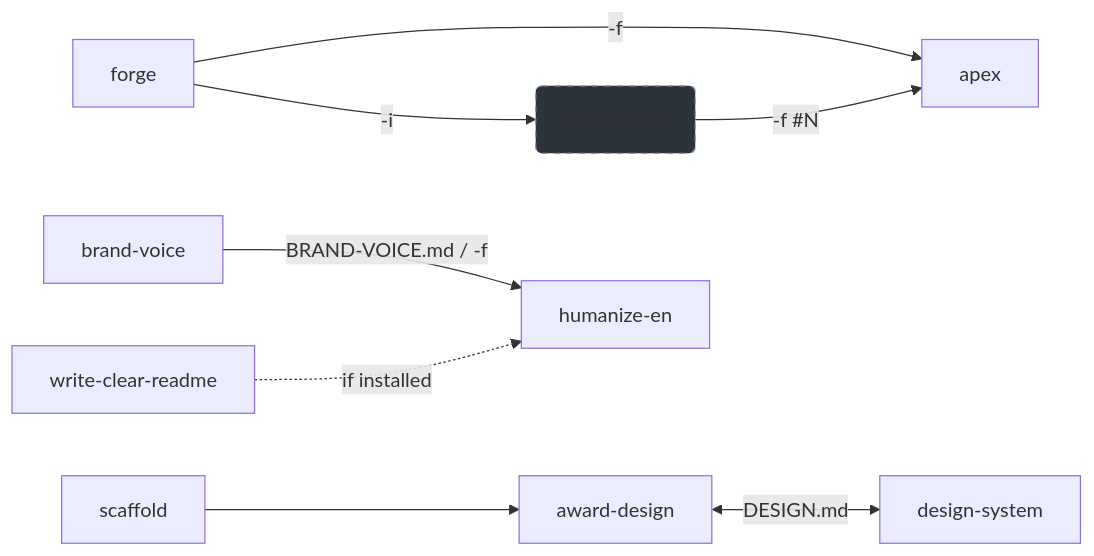
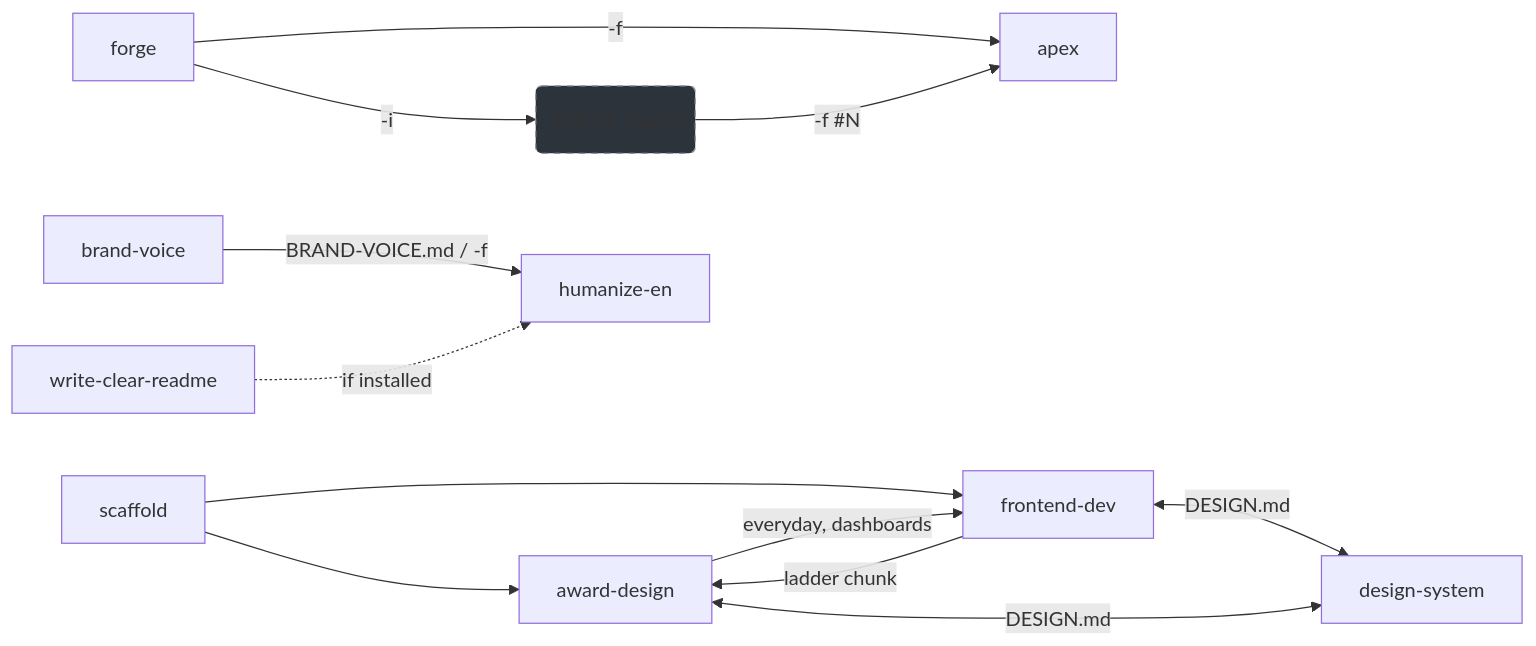
Before and after one commit to coroboros/agent-skills: the diagram in README.md, drawn with Mermaid. The commit also changed other lines of this file and 16 other files, not shown here.

````diff
--- a/README.md
+++ b/README.md
@@ -1230,14 +1275,18 @@
 ```mermaid
 graph LR
   forge -->|"-f"| apex
   forge -->|"-i"| issues(GitHub Issues)
   issues -->|"-f #N"| apex
 
   scaffold --> award-design
+  scaffold --> frontend-dev
+  frontend-dev -->|ladder chunk| award-design
+  award-design -->|everyday, dashboards| frontend-dev
+  frontend-dev <-->|DESIGN.md| design-system
   award-design <-->|DESIGN.md| design-system
 
   brand-voice -->|"BRAND-VOICE.md / -f"| humanize-en
   write-clear-readme -.->|if installed| humanize-en
 
   style issues fill:#2d333b,stroke:#8b949e,stroke-dasharray: 5 5
 ```
````
